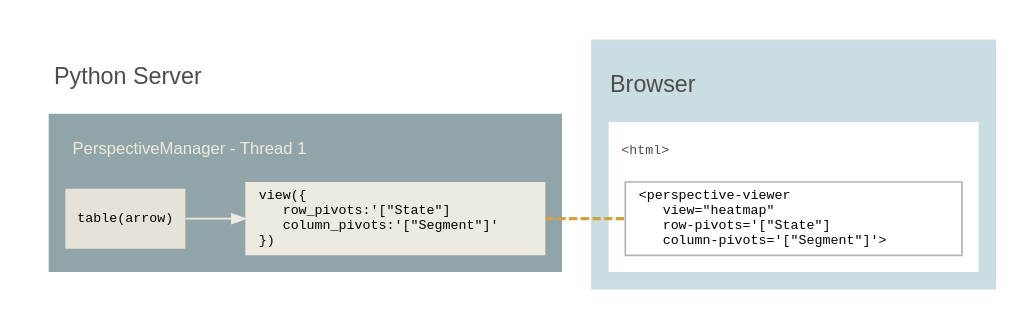
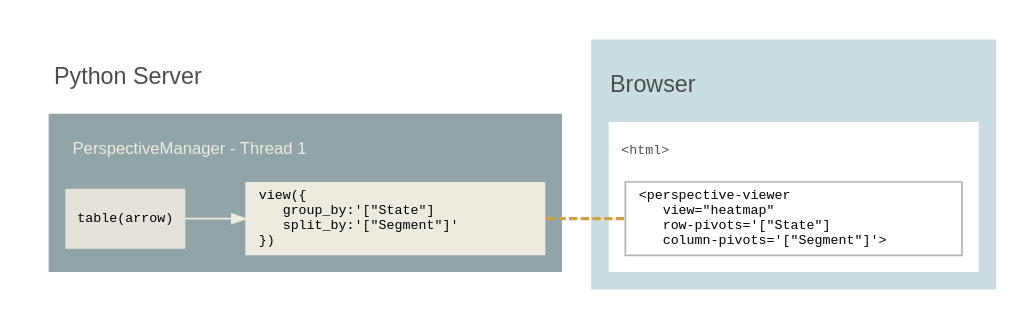
The diagram in docs/static/svg/architecture.sub2.dot (finos/perspective), drawn with Graphviz before and after one commit. The commit also changed 123 other files, not shown here.

Commit message:
Replace `row_pivots` with `group_by`, `column_pivots` with `split_by`

```diff
--- a/docs/static/svg/architecture.sub2.dot
+++ b/docs/static/svg/architecture.sub2.dot
@@ -1,65 +1,65 @@
 digraph G {
     graph [rankdir="LR" fontname="helvetica" labeljust="l"]
     node [shape="box" fontname="monospace" fontsize=8 color=gray70 style=filled fillcolor=white];
     edge [color="#EDEBDF" arrowsize=0.8]
     subgraph cluster_11 {
         label="\lPython Server";
         fontcolor=gray30
         margin=10
         color=none
       
         subgraph cluster_thread_1 {
             graph [
                 label="\lPerspectiveManager - Thread 1";
                 style=filled
                 fillcolor="#91A4A8"
                 color=none
                 fontcolor="#EDEBDF"
                 fontsize=10
                 margin=10
             ]
             table_thread_1 [
                 label="table(arrow)"
                 width=1
                 color=none
                 fillcolor="#E6E2DA"
             ]
             view_thread_1 [
-                label="view({\l    row_pivots:'[\"State\"]\l    column_pivots:'[\"Segment\"]'\l})\l"
+                label="view({\l    group_by:'[\"State\"]\l    split_by:'[\"Segment\"]'\l})\l"
                 width=2.5
                 color=none
                 fillcolor="#EDEBDF"
             ]
             table_thread_1 -> view_thread_1;
         }
     }
     subgraph cluster_browser {
         graph [
             label="\lBrowser";
             color="#CADEE1";
             margin=10
             style=filled;
             fontcolor=gray30
         ]
 
         subgraph cluster_41 {
            graph [
                 label="\l<html>";
                 color=none
                 fillcolor=white
                 fontcolor=gray30
                 fontsize=10
                 fontname="monospace" fontsize=8 color=none 
 
             ]
 
             viewer4 [
                 label = "<perspective-viewer\l    view=\"heatmap\"\l    row-pivots='[\"State\"]\l    column-pivots='[\"Segment\"]'>\l"
                 width=2.8
             ];
             view_thread_1 -> viewer4 [penwidth=2 style=dashed arrowhead=none color="#D1A043"];
         }
       
         
     }	
 }
```
